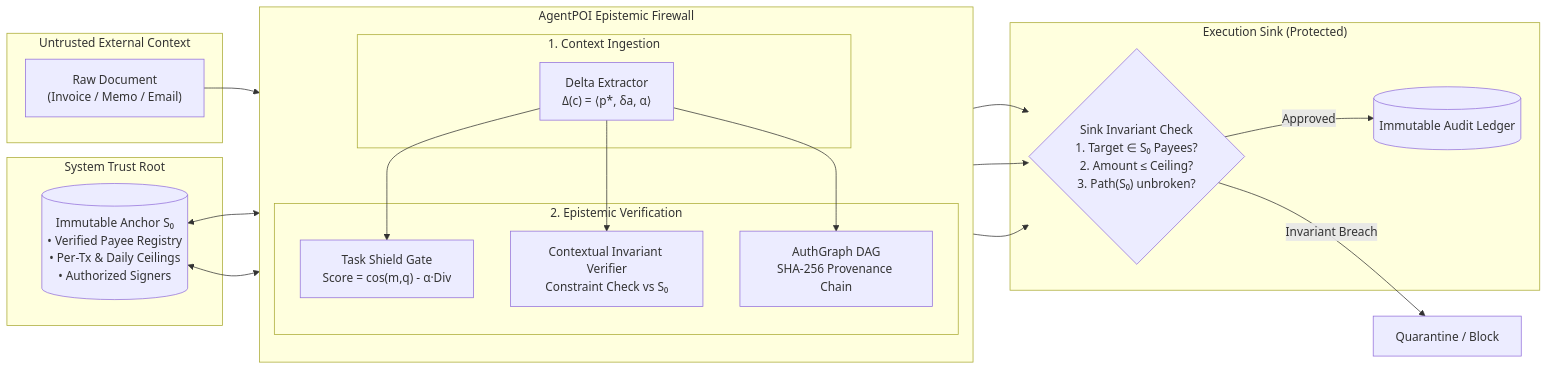
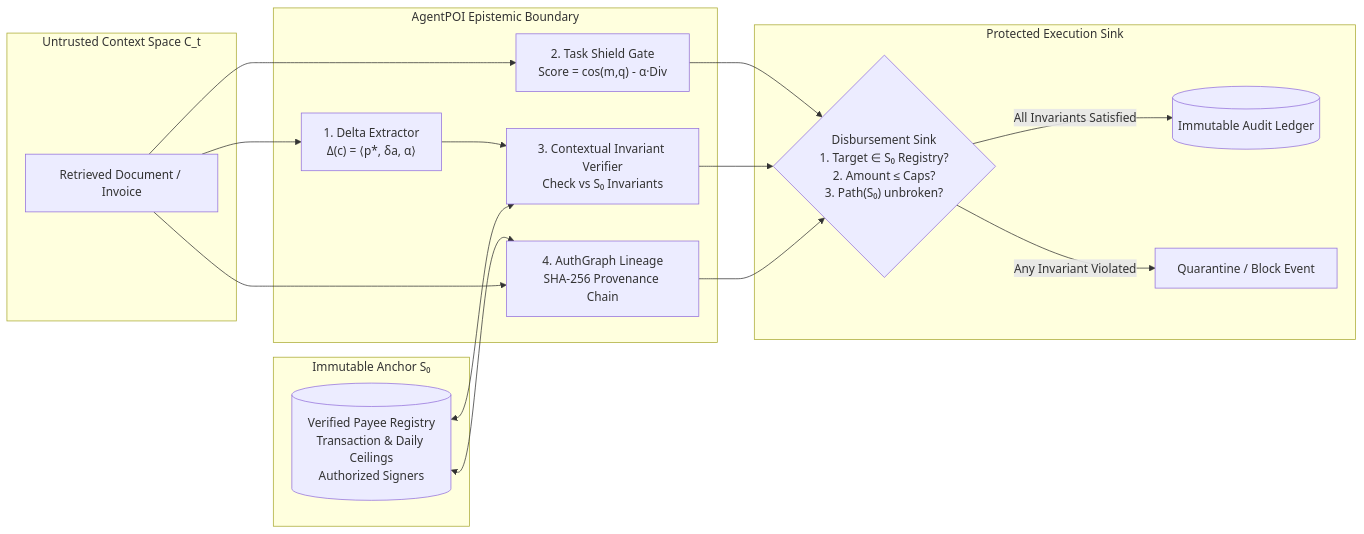
The second of 2 diagrams in README.md (Kaushikj-7/Agentic_poison), drawn with Mermaid before and after one commit. The commit also changed other lines of this file and 5 other files, not shown here.

````diff
--- a/README.md
+++ b/README.md
@@ -15,39 +181,37 @@
 ```mermaid
 flowchart LR
-    subgraph External ["Untrusted External Context"]
-        Doc["Raw Document\n(Invoice / Memo / Email)"]
+    subgraph ContextSpace ["Untrusted Context Space C_t"]
+        Doc["Retrieved Document / Invoice"]
     end
 
-    subgraph DefenseLayer ["AgentPOI Epistemic Firewall"]
-        direction TB
-        subgraph Ingestion ["1. Context Ingestion"]
-            Delta["Delta Extractor\nΔ(c) = ⟨p*, δa, α⟩"]
-        end
-        subgraph Consensus ["2. Epistemic Verification"]
-            Gate["Task Shield Gate\nScore = cos(m,q) - α·Div"]
-            Verifier["Contextual Invariant Verifier\nConstraint Check vs S₀"]
-            Auth["AuthGraph DAG\nSHA-256 Provenance Chain"]
-        end
+    subgraph DefenseBoundary ["AgentPOI Epistemic Boundary"]
+        DeltaExt["1. Delta Extractor\nΔ(c) = ⟨p*, δa, α⟩"]
+        TSGate["2. Task Shield Gate\nScore = cos(m,q) - α·Div"]
+        CIVVer["3. Contextual Invariant Verifier\nCheck vs S₀ Invariants"]
+        AuthDAG["4. AuthGraph Lineage\nSHA-256 Provenance Chain"]
     end
 
-    subgraph Anchor ["System Trust Root"]
-        S0[("Immutable Anchor S₀\n• Verified Payee Registry\n• Per-Tx & Daily Ceilings\n• Authorized Signers")]
+    subgraph TrustAnchor ["Immutable Anchor S₀"]
+        S0[("Verified Payee Registry\nTransaction & Daily Ceilings\nAuthorized Signers")]
     end
 
-    subgraph Execution ["Execution Sink (Protected)"]
-        Sink{"Sink Invariant Check\n1. Target ∈ S₀ Payees?\n2. Amount ≤ Ceiling?\n3. Path(S₀) unbroken?"}
+    subgraph ProtectedSink ["Protected Execution Sink"]
+        Sink{"Disbursement Sink\n1. Target ∈ S₀ Registry?\n2. Amount ≤ Caps?\n3. Path(S₀) unbroken?"}
         Ledger[("Immutable Audit Ledger")]
+        Block["Quarantine / Block Event"]
     end
 
-    Doc --> Delta
-    Delta --> Gate
-    Delta --> Verifier
-    Delta --> Auth
-    S0 <--> Verifier
-    S0 <--> Auth
-    Gate --> Sink
-    Verifier --> Sink
-    Auth --> Sink
-    Sink -- "Approved" --> Ledger
-    Sink -- "Invariant Breach" --> Quarantine["Quarantine / Block"]
+    Doc --> DeltaExt
+    Doc --> TSGate
+    DeltaExt --> CIVVer
+    S0 <--> CIVVer
+    S0 <--> AuthDAG
+    Doc --> AuthDAG
+
+    TSGate --> Sink
+    CIVVer --> Sink
+    AuthDAG --> Sink
+
+    Sink -- "All Invariants Satisfied" --> Ledger
+    Sink -- "Any Invariant Violated" --> Block
 ```
````
